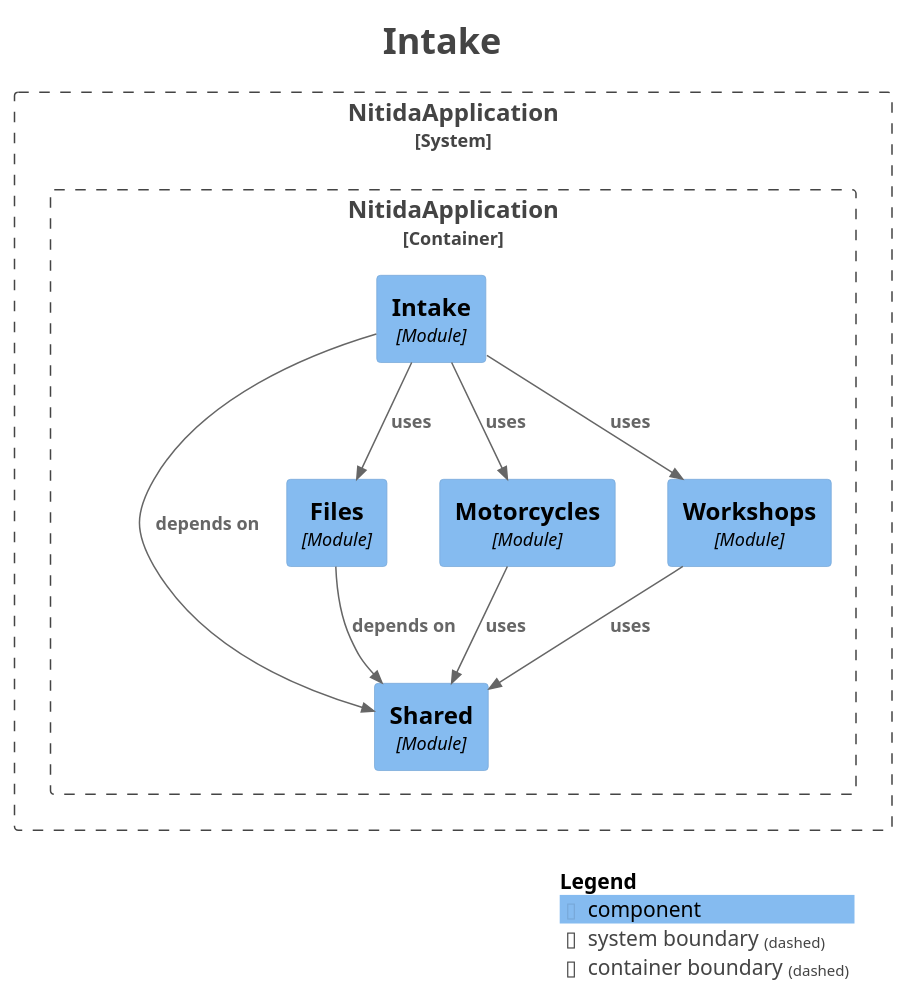
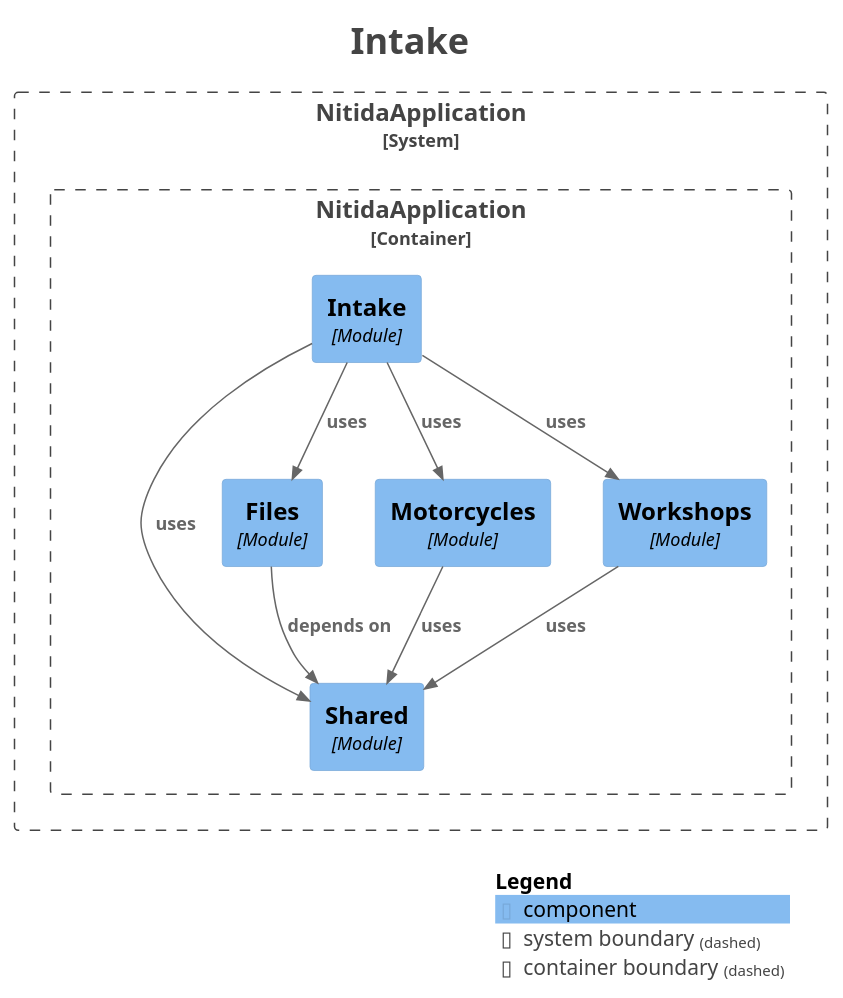
One commit to Nicolas-12000/Nitida changed the diagram in docs/modulos/module-intake.puml. Above: the diagram before and after it, drawn with PlantUML. The commit also changed 11 other files, not shown here.

Commit message:
refactor(ci): update CodeQL job name to TypeScript and upgrade backend Docker image to Debian 13 for security improvements; clean up module diagrams by removing unused relationships

```diff
--- a/docs/modulos/module-intake.puml
+++ b/docs/modulos/module-intake.puml
@@ -1,39 +1,39 @@
 @startuml
 title <size:24>Intake</size>
 
 set separator none
 top to bottom direction
 
 <style>
   root {
     BackgroundColor: #ffffff
     FontColor: #444444
   }
 </style>
 
 !include <C4/C4>
 !include <C4/C4_Context>
 !include <C4/C4_Component>
 
 System_Boundary("NitidaApplication_boundary", "NitidaApplication", $tags="") {
   Container_Boundary("NitidaApplication.NitidaApplication_boundary", "NitidaApplication", $tags="") {
     Component(NitidaApplication.NitidaApplication.Shared, "Shared", $techn="Module", $descr="", $tags="", $link="")
     Component(NitidaApplication.NitidaApplication.Files, "Files", $techn="Module", $descr="", $tags="", $link="")
     Component(NitidaApplication.NitidaApplication.Motorcycles, "Motorcycles", $techn="Module", $descr="", $tags="", $link="")
     Component(NitidaApplication.NitidaApplication.Workshops, "Workshops", $techn="Module", $descr="", $tags="", $link="")
     Component(NitidaApplication.NitidaApplication.Intake, "Intake", $techn="Module", $descr="", $tags="", $link="")
   }
 
 }
 
-Rel(NitidaApplication.NitidaApplication.Files, NitidaApplication.NitidaApplication.Shared, "depends on", $techn="", $tags="", $link="")
-Rel(NitidaApplication.NitidaApplication.Intake, NitidaApplication.NitidaApplication.Shared, "depends on", $techn="", $tags="", $link="")
+Rel(NitidaApplication.NitidaApplication.Motorcycles, NitidaApplication.NitidaApplication.Shared, "uses", $techn="", $tags="", $link="")
+Rel(NitidaApplication.NitidaApplication.Workshops, NitidaApplication.NitidaApplication.Shared, "uses", $techn="", $tags="", $link="")
 Rel(NitidaApplication.NitidaApplication.Intake, NitidaApplication.NitidaApplication.Motorcycles, "uses", $techn="", $tags="", $link="")
+Rel(NitidaApplication.NitidaApplication.Intake, NitidaApplication.NitidaApplication.Shared, "uses", $techn="", $tags="", $link="")
 Rel(NitidaApplication.NitidaApplication.Intake, NitidaApplication.NitidaApplication.Workshops, "uses", $techn="", $tags="", $link="")
 Rel(NitidaApplication.NitidaApplication.Intake, NitidaApplication.NitidaApplication.Files, "uses", $techn="", $tags="", $link="")
-Rel(NitidaApplication.NitidaApplication.Motorcycles, NitidaApplication.NitidaApplication.Shared, "uses", $techn="", $tags="", $link="")
-Rel(NitidaApplication.NitidaApplication.Workshops, NitidaApplication.NitidaApplication.Shared, "uses", $techn="", $tags="", $link="")
+Rel(NitidaApplication.NitidaApplication.Files, NitidaApplication.NitidaApplication.Shared, "depends on", $techn="", $tags="", $link="")
 
 SHOW_LEGEND(true)
 hide stereotypes
 @enduml
```
